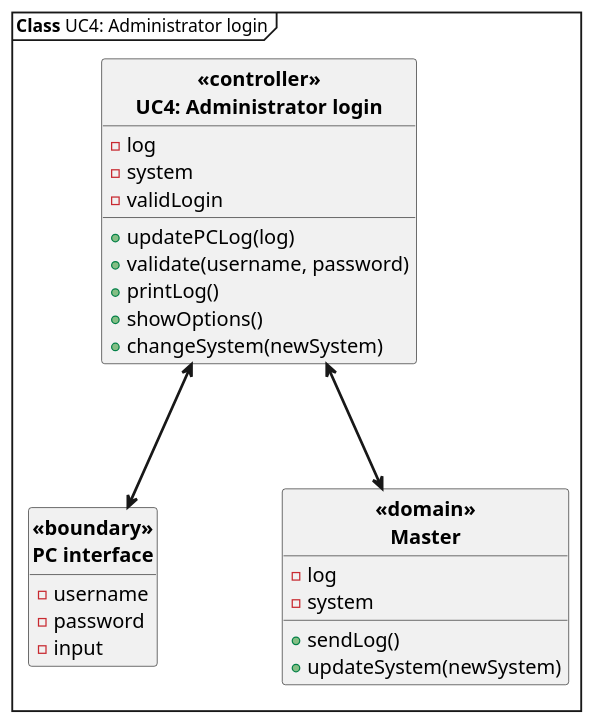
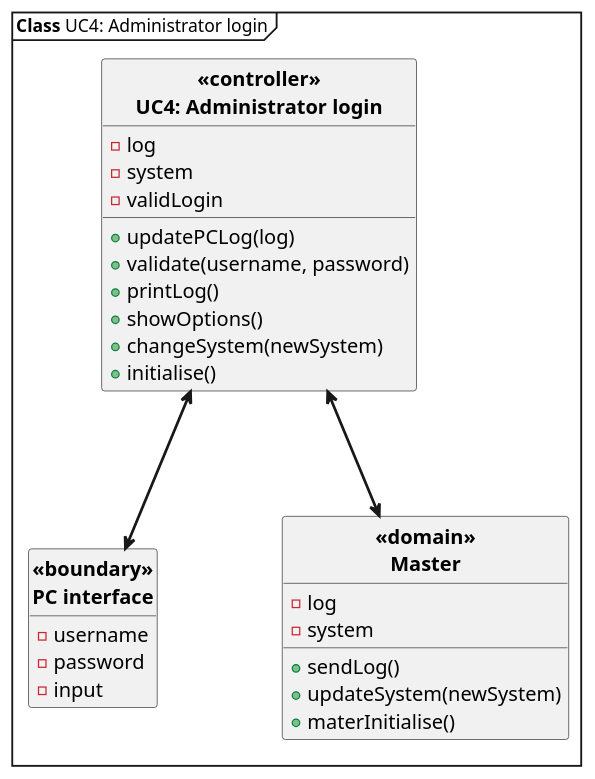
One commit to Tukkel/Projekt_2 changed the diagram in SysML/UC4 AM/UC4 class.puml. Above: the diagram before and after it, drawn with PlantUML. The commit also changed 5 other files, not shown here.

```diff
--- a/SysML/UC4 AM/UC4 class.puml
+++ b/SysML/UC4 AM/UC4 class.puml
@@ -1,46 +1,48 @@
 @startuml UC4 class
 ' Default param deffinition
 skinparam style strictuml
 skinparam DefaultFontSize 16
 skinparam ArrowFontSize 16
 skinparam ArrowThickness 2.2
 skinparam Linetype poly
 skinparam ranksep 100
 skinparam nodesep 100
 hide empty members
 
 
 mainframe **Class** UC4: Administrator login
 
 ' Class definition
 
 Class "**<<boundary>>**\n**PC interface**" as UI{
 - username
 - password
 - input
 }
 
 
 Class "**<<domain>>**\n**Master**" as master{
 + sendLog()
 + updateSystem(newSystem)
++ materInitialise()
 - log
 - system
 }
 
 Class "**<<controller>>**\n**UC4: Administrator login**" as PC{
 + updatePCLog(log)
 + validate(username, password)
 + printLog()
 + showOptions()
 + changeSystem(newSystem)
++ initialise()
 - log
 - system
 - validLogin
 }
 
 ' Conection definition
 PC <--> UI
 PC <--> master
 
 @enduml
```
